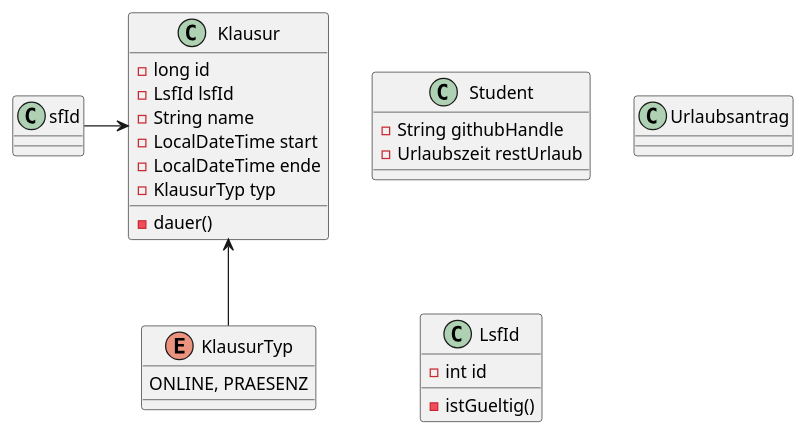
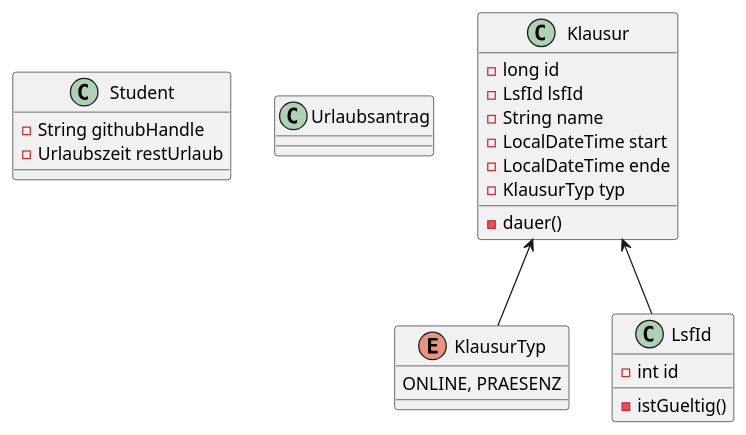
The diagram in domain.puml (winik100/Chicken), drawn with PlantUML before and after one commit. The commit also changed 10 other files, not shown here.

```diff
--- a/domain.puml
+++ b/domain.puml
@@ -1,27 +1,28 @@
 @startuml
 class Student {
 - String githubHandle
 - Urlaubszeit restUrlaub
 }
 class Urlaubsantrag {
 
 }
 class Klausur {
 - long id
 - LsfId lsfId
 - String name
 - LocalDateTime start
 - LocalDateTime ende
 - KlausurTyp typ
 - dauer()
 }
 enum KlausurTyp {
 ONLINE, PRAESENZ
 }
 class LsfId {
 - int id
 - istGueltig()
 }
-Klausur<--LsfId
-Klausur<--KlausurTyp
+
+Klausur <-- LsfId
+Klausur <-- KlausurTyp
 @enduml
```
